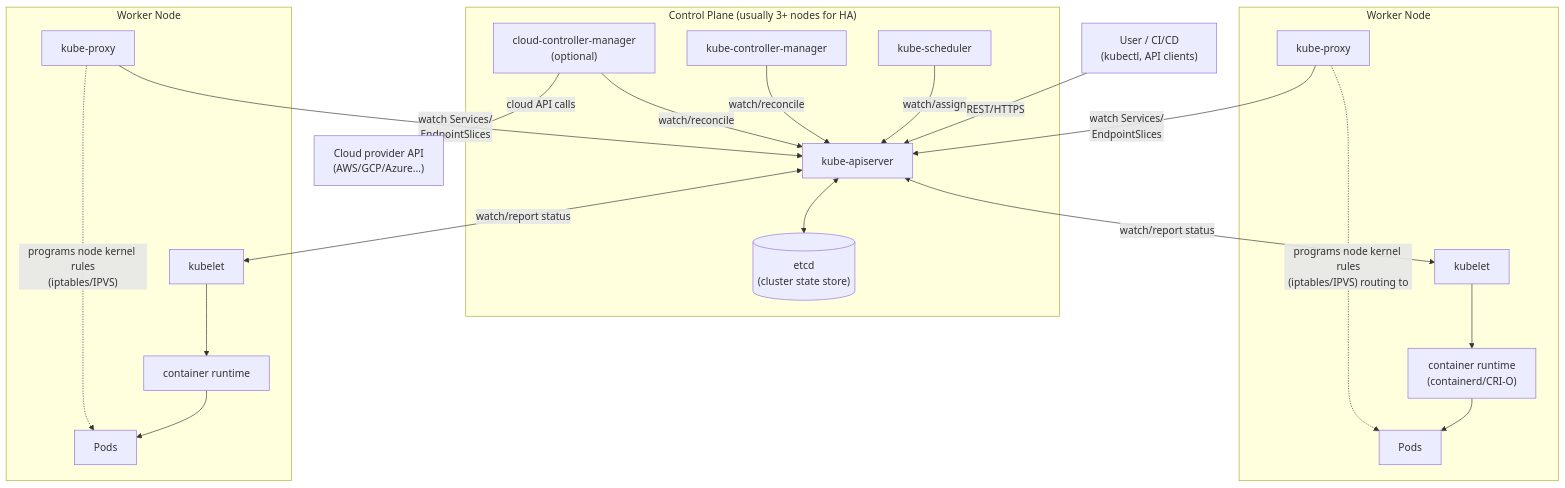
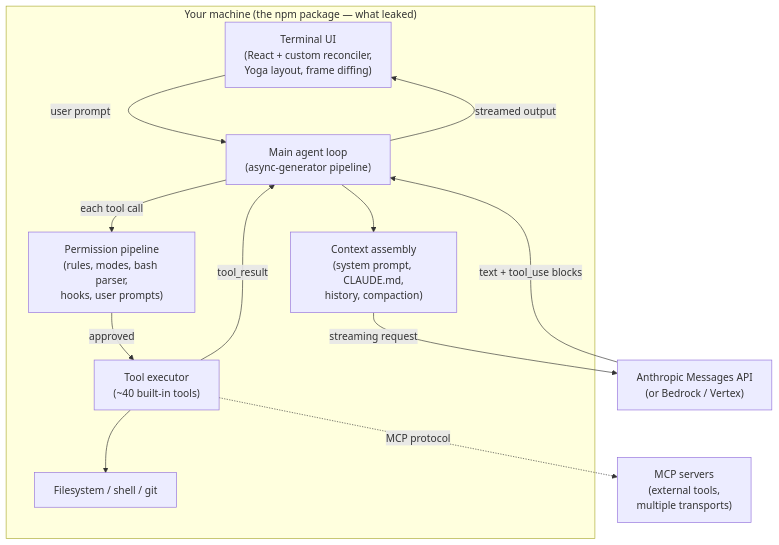
Before and after one commit to squiredocs/squiredocs: the first of 4 diagrams in blog/let-your-agent-draw-the-architecture.md, drawn with Mermaid. The commit also changed other lines of this file, not shown here.

First line of the commit message:
blog(architecture): swap the example from Kubernetes to Claude Code's internals

````diff
--- a/blog/let-your-agent-draw-the-architecture.md
+++ b/blog/let-your-agent-draw-the-architecture.md
@@ -19,43 +19,25 @@
 ```mermaid
 graph TB
-    subgraph CP["Control Plane (usually 3+ nodes for HA)"]
-        API["kube-apiserver"]
-        ETCD[("etcd\n(cluster state store)")]
-        SCHED["kube-scheduler"]
-        CM["kube-controller-manager"]
-        CCM["cloud-controller-manager\n(optional)"]
+    subgraph LOCAL["Your machine (the npm package — what leaked)"]
+        TUI["Terminal UI\n(React + custom reconciler,\nYoga layout, frame diffing)"]
+        LOOP["Main agent loop\n(async-generator pipeline)"]
+        CTX["Context assembly\n(system prompt, CLAUDE.md,\nhistory, compaction)"]
+        PERM["Permission pipeline\n(rules, modes, bash parser,\nhooks, user prompts)"]
+        EXEC["Tool executor\n(~40 built-in tools)"]
+        FS["Filesystem / shell / git"]
     end
 
-    subgraph N1["Worker Node"]
-        KUBELET1["kubelet"]
-        PROXY1["kube-proxy"]
-        CRI1["container runtime\n(containerd/CRI-O)"]
-        PODS1["Pods"]
-    end
+    API["Anthropic Messages API\n(or Bedrock / Vertex)"]
+    MCP["MCP servers\n(external tools,\nmultiple transports)"]
 
-    subgraph N2["Worker Node"]
-        KUBELET2["kubelet"]
-        PROXY2["kube-proxy"]
-        CRI2["container runtime"]
-        PODS2["Pods"]
-    end
-
-    CLOUD["Cloud provider API\n(AWS/GCP/Azure...)"]
-
-    USER["User / CI/CD\n(kubectl, API clients)"] -->|"REST/HTTPS"| API
-    API <--> ETCD
-    SCHED -->|"watch/assign"| API
-    CM -->|"watch/reconcile"| API
-    CCM -->|"watch/reconcile"| API
-    CCM -->|"cloud API calls"| CLOUD
-    API <-->|"watch/report status"| KUBELET1
-    API <-->|"watch/report status"| KUBELET2
-    PROXY1 -->|"watch Services/\nEndpointSlices"| API
-    PROXY2 -->|"watch Services/\nEndpointSlices"| API
-    KUBELET1 --> CRI1
-    CRI1 --> PODS1
-    KUBELET2 --> CRI2
-    CRI2 --> PODS2
-    PROXY1 -.->|"programs node kernel rules\n(iptables/IPVS) routing to"| PODS1
-    PROXY2 -.->|"programs node kernel rules\n(iptables/IPVS)"| PODS2
+    TUI -->|"user prompt"| LOOP
+    LOOP --> CTX
+    CTX -->|"streaming request"| API
+    API -->|"text + tool_use blocks"| LOOP
+    LOOP -->|"each tool call"| PERM
+    PERM -->|"approved"| EXEC
+    EXEC --> FS
+    EXEC -.->|"MCP protocol"| MCP
+    EXEC -->|"tool_result"| LOOP
+    LOOP -->|"streamed output"| TUI
 ```
````
